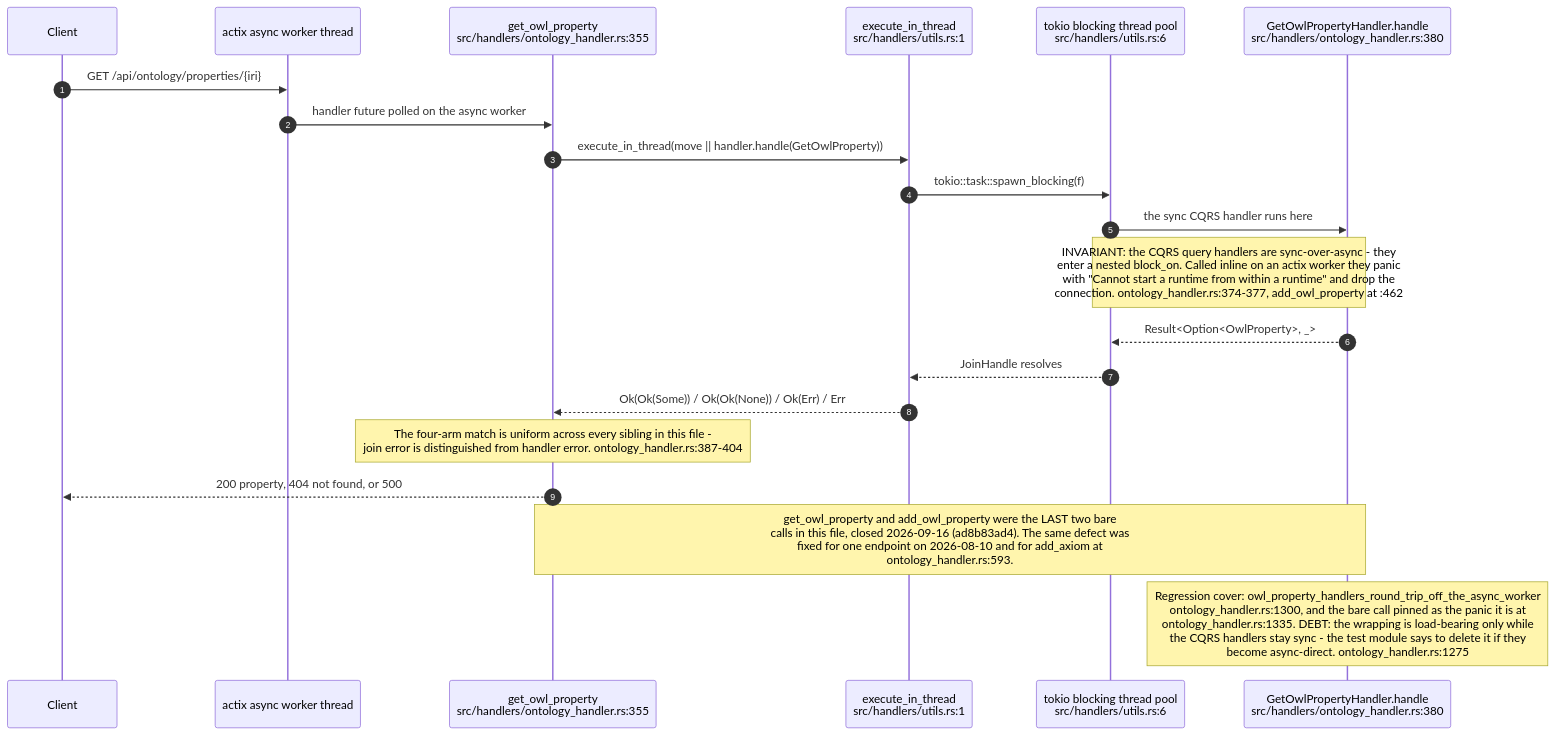
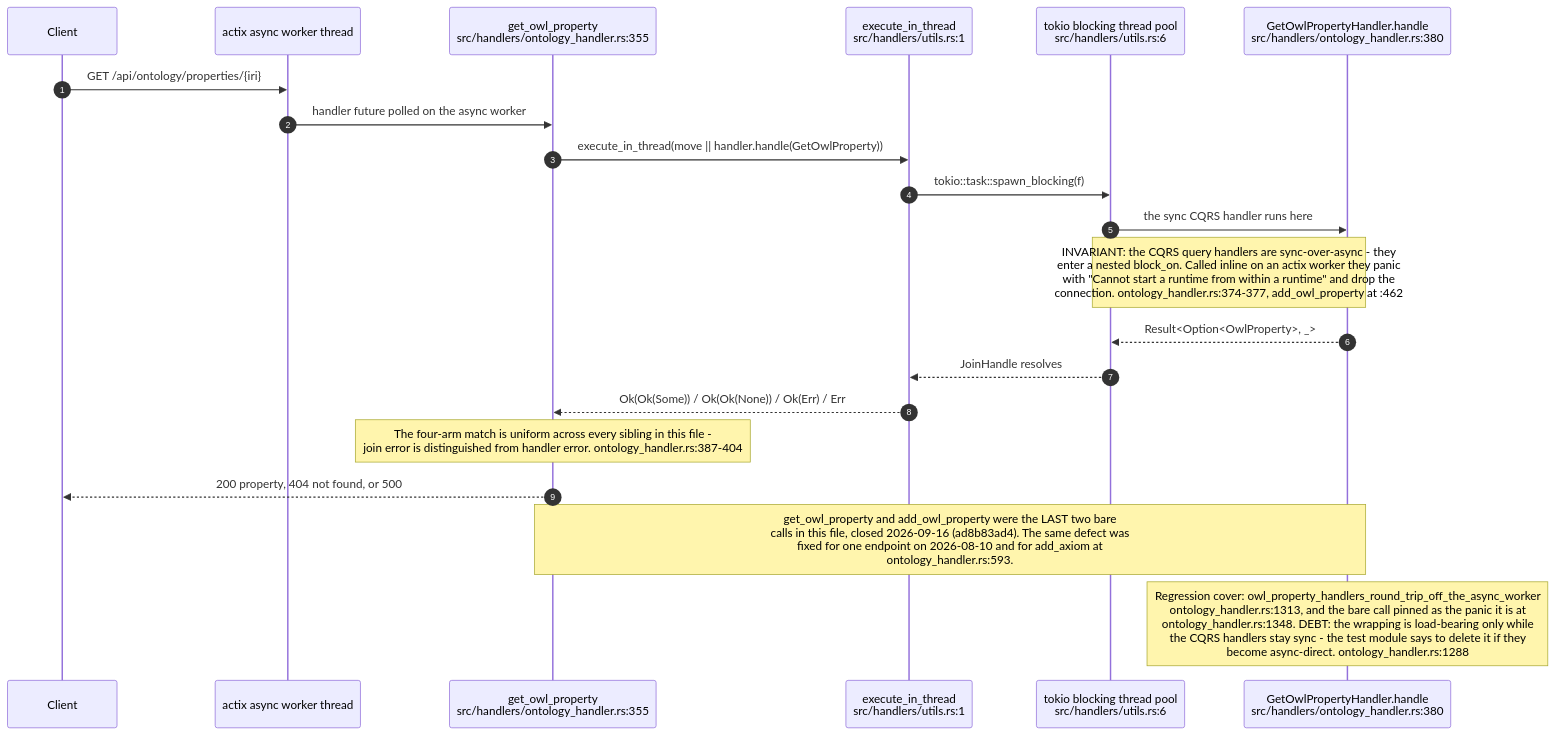
One commit to DreamLab-AI/VisionFlow changed the ninth of 12 diagrams in docs/diagrams/visionclaw/20-ontology-pipeline-oxigraph-whelk.md. Above: the diagram before and after it, drawn with Mermaid. The commit also changed other lines of this file and 81 other files, not shown here.

First line of the commit message:
docs(diagrams): roll VisionClaw topics to main 010e1109b (PR 37 and 38 merged); fix remaining prose citations

````diff
--- a/docs/diagrams/visionclaw/20-ontology-pipeline-oxigraph-whelk.md
+++ b/docs/diagrams/visionclaw/20-ontology-pipeline-oxigraph-whelk.md
@@ -364,24 +348,24 @@
 ```mermaid
 sequenceDiagram
     autonumber
     participant CL as Client
     participant AW as actix async worker thread
     participant H as get_owl_property<br/>src/handlers/ontology_handler.rs:355
     participant EX as execute_in_thread<br/>src/handlers/utils.rs:1
     participant BT as tokio blocking thread pool<br/>src/handlers/utils.rs:6
     participant QH as GetOwlPropertyHandler.handle<br/>src/handlers/ontology_handler.rs:380
 
     CL->>AW: GET /api/ontology/properties/{iri}
     AW->>H: handler future polled on the async worker
     H->>EX: execute_in_thread(move || handler.handle(GetOwlProperty))
     EX->>BT: tokio::task::spawn_blocking(f)
     BT->>QH: the sync CQRS handler runs here
     Note over BT,QH: INVARIANT: the CQRS query handlers are sync-over-async - they<br/>enter a nested block_on. Called inline on an actix worker they panic<br/>with "Cannot start a runtime from within a runtime" and drop the<br/>connection. ontology_handler.rs:374-377, add_owl_property at :462
     QH-->>BT: Result<Option<OwlProperty>, _>
     BT-->>EX: JoinHandle resolves
     EX-->>H: Ok(Ok(Some)) / Ok(Ok(None)) / Ok(Err) / Err
     Note over H: The four-arm match is uniform across every sibling in this file -<br/>join error is distinguished from handler error. ontology_handler.rs:387-404
     H-->>CL: 200 property, 404 not found, or 500
     Note over H,QH: get_owl_property and add_owl_property were the LAST two bare<br/>calls in this file, closed 2026-09-16 (ad8b83ad4). The same defect was<br/>fixed for one endpoint on 2026-08-10 and for add_axiom at<br/>ontology_handler.rs:593.
-    Note over QH: Regression cover: owl_property_handlers_round_trip_off_the_async_worker<br/>ontology_handler.rs:1300, and the bare call pinned as the panic it is at<br/>ontology_handler.rs:1335. DEBT: the wrapping is load-bearing only while<br/>the CQRS handlers stay sync - the test module says to delete it if they<br/>become async-direct. ontology_handler.rs:1275
+    Note over QH: Regression cover: owl_property_handlers_round_trip_off_the_async_worker<br/>ontology_handler.rs:1313, and the bare call pinned as the panic it is at<br/>ontology_handler.rs:1348. DEBT: the wrapping is load-bearing only while<br/>the CQRS handlers stay sync - the test module says to delete it if they<br/>become async-direct. ontology_handler.rs:1288
 ```
````
